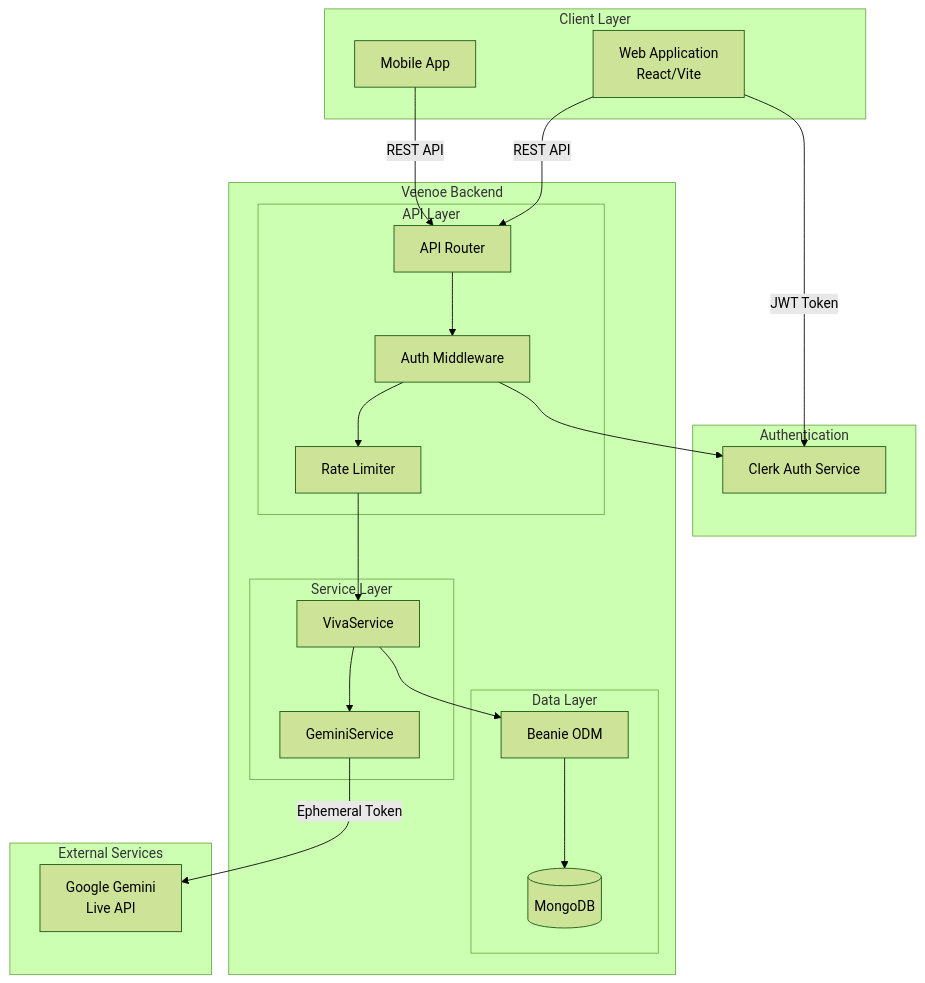
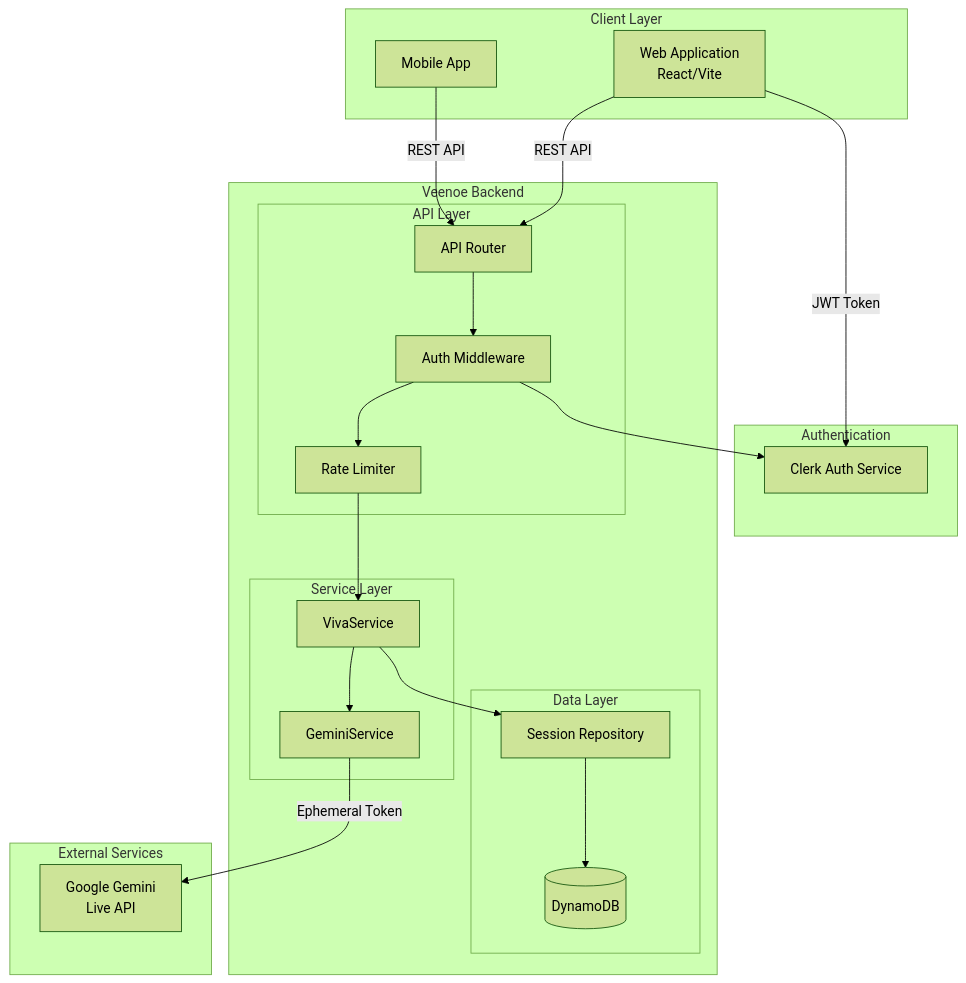
Before and after one commit to Veenoe/veenoe-backend: the first of 5 diagrams in README.md, drawn with Mermaid (forest theme). The commit also changed other lines of this file and 42 other files, not shown here.

First line of the commit message:
VEENOE-10: Replace MongoDB session persistence with DynamoDB (#30)

````diff
--- a/README.md
+++ b/README.md
@@ -61,48 +61,48 @@
 ```mermaid
 graph TB
     subgraph "Client Layer"
         WEB[Web Application<br/>React/Vite]
         MOBILE[Mobile App]
     end
 
     subgraph "Authentication"
         CLERK[Clerk Auth Service]
     end
 
     subgraph "Veenoe Backend"
         subgraph "API Layer"
             ROUTER[API Router]
             AUTH[Auth Middleware]
             RATE[Rate Limiter]
         end
         
         subgraph "Service Layer"
             VIVA[VivaService]
             GEMINI[GeminiService]
         end
         
         subgraph "Data Layer"
-            MONGO[(MongoDB)]
-            BEANIE[Beanie ODM]
+            DYNAMO[(DynamoDB)]
+            REPO[Session Repository]
         end
     end
 
     subgraph "External Services"
         GEMINI_API[Google Gemini<br/>Live API]
     end
 
     WEB -->|JWT Token| CLERK
     WEB -->|REST API| ROUTER
     MOBILE -->|REST API| ROUTER
     
     ROUTER --> AUTH
     AUTH --> CLERK
     AUTH --> RATE
     RATE --> VIVA
     
     VIVA --> GEMINI
-    VIVA --> BEANIE
+    VIVA --> REPO
     
     GEMINI -->|Ephemeral Token| GEMINI_API
-    BEANIE --> MONGO
+    REPO --> DYNAMO
 ```
````
